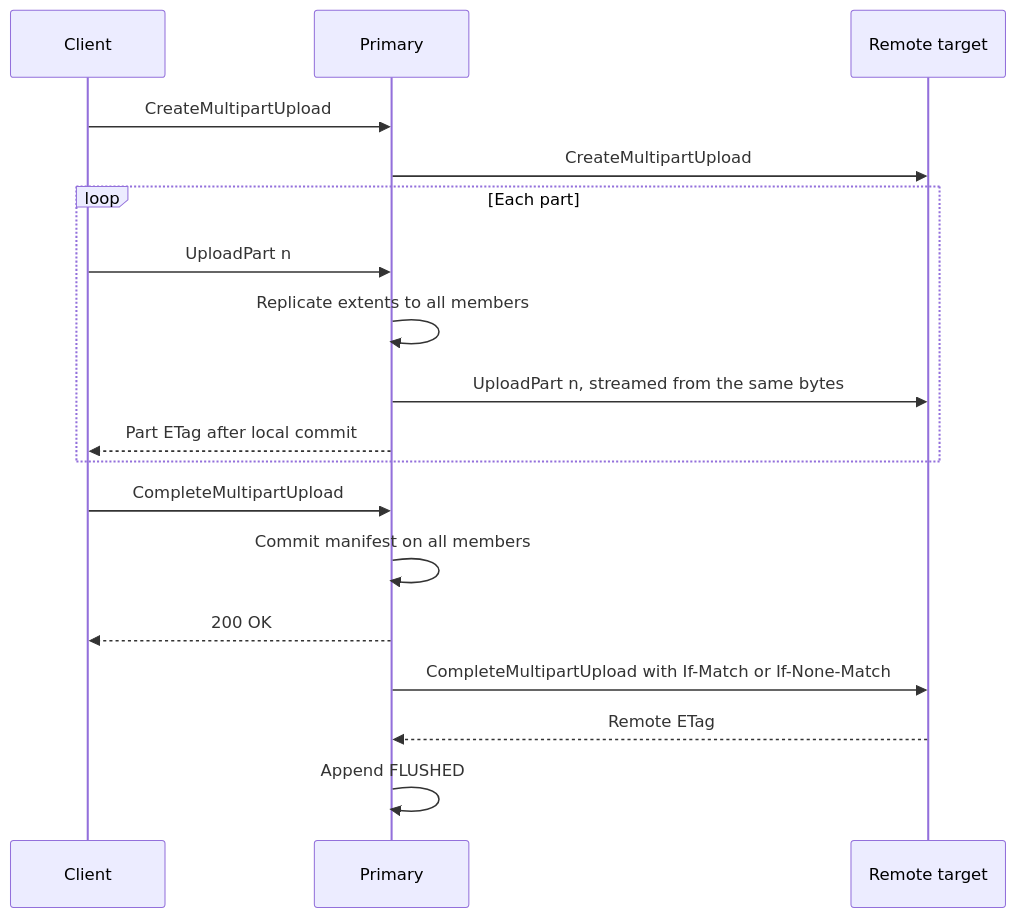
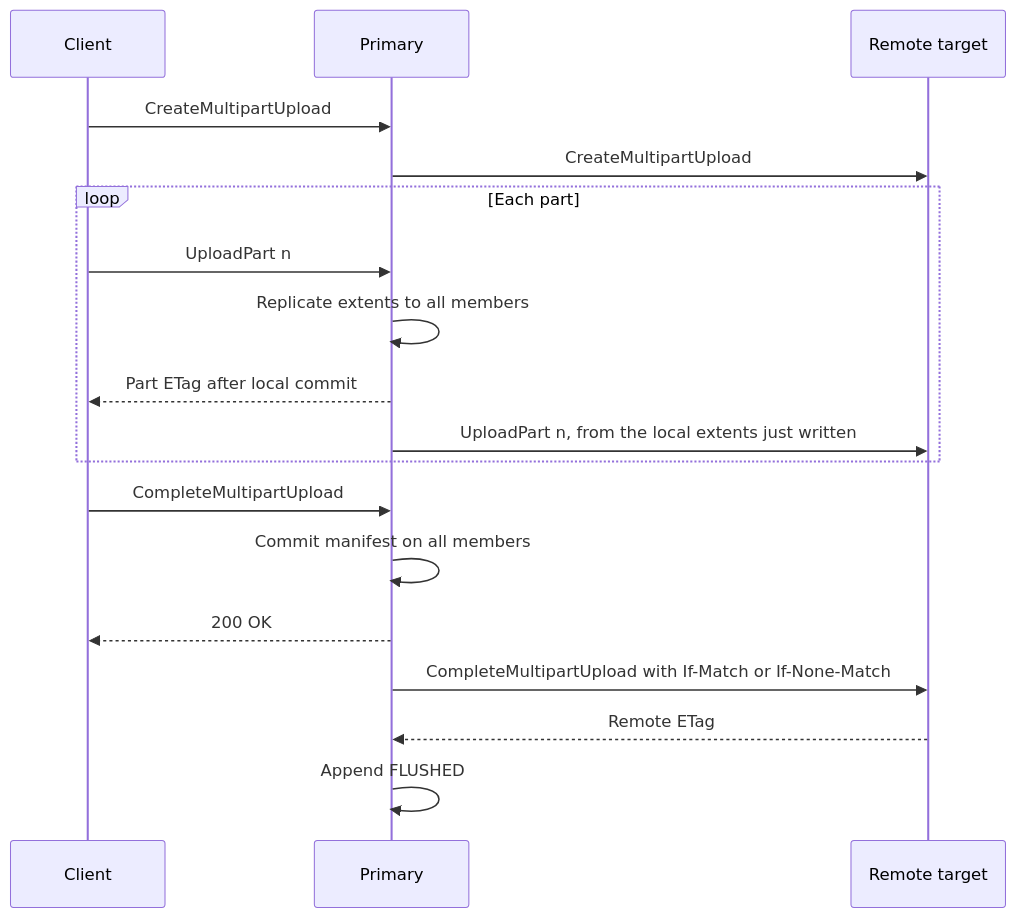
The sixth of 8 diagrams in docs/skys3-design.md (skys3/skys3), drawn with Mermaid before and after one commit. The commit also changed other lines of this file and 37 other files, not shown here.

````diff
--- a/docs/skys3-design.md
+++ b/docs/skys3-design.md
@@ -722,20 +722,20 @@
 ```mermaid
 sequenceDiagram
     participant C as Client
     participant P as Primary
     participant R as Remote target
     C->>P: CreateMultipartUpload
     P->>R: CreateMultipartUpload
     loop Each part
         C->>P: UploadPart n
         P->>P: Replicate extents to all members
-        P->>R: UploadPart n, streamed from the same bytes
         P-->>C: Part ETag after local commit
+        P->>R: UploadPart n, from the local extents just written
     end
     C->>P: CompleteMultipartUpload
     P->>P: Commit manifest on all members
     P-->>C: 200 OK
     P->>R: CompleteMultipartUpload with If-Match or If-None-Match
     R-->>P: Remote ETag
     P->>P: Append FLUSHED
 ```
````
